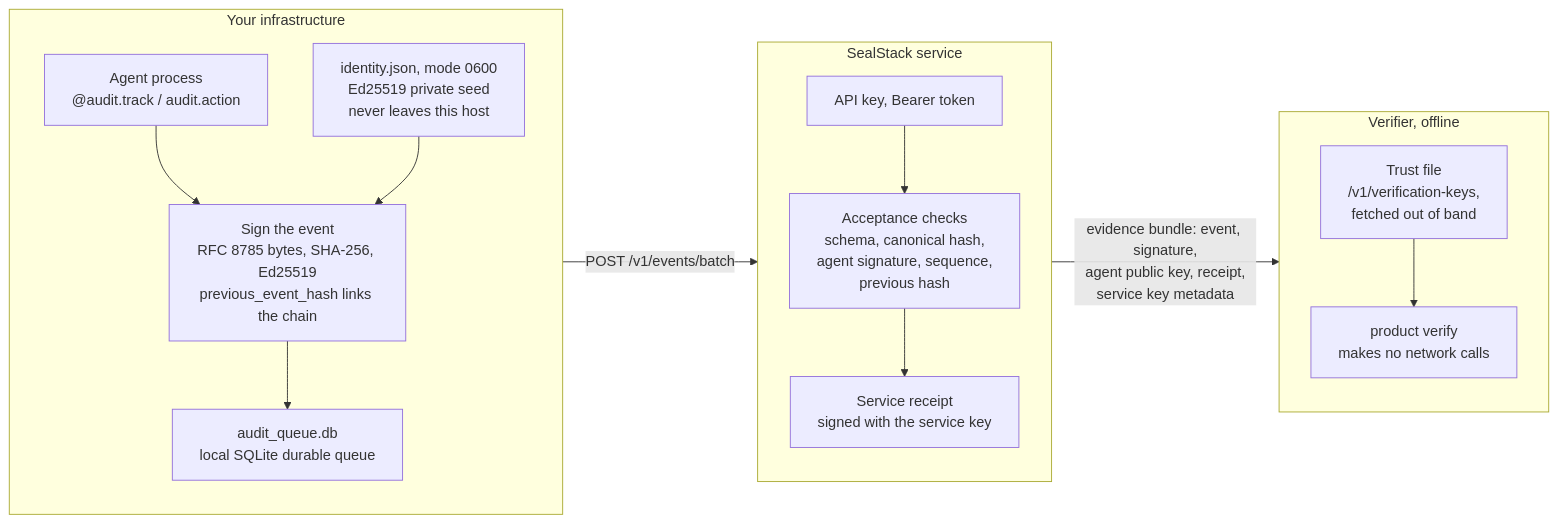
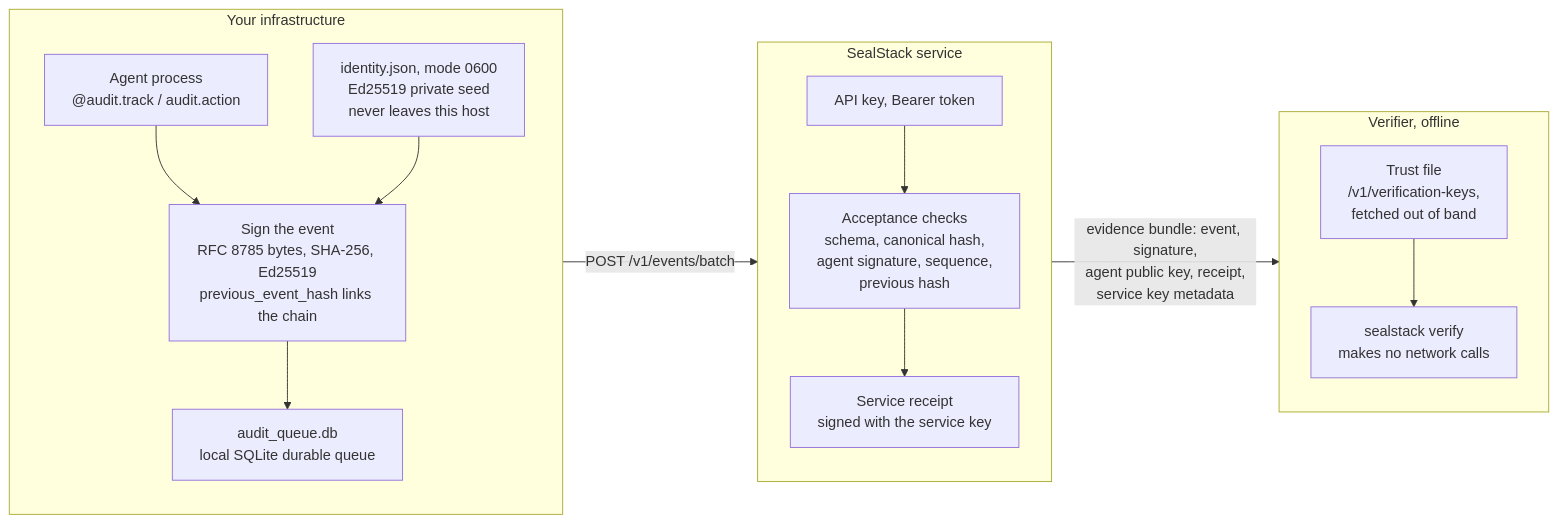
The diagram in README.md (unempyd/sealstack-sdk), drawn with Mermaid before and after one commit. The commit also changed other lines of this file and 25 other files, not shown here.

Commit message:
0.1.3: import as sealstack (product kept as an alias), py.typed, package metadata, reference server is clone-and-run

````diff
--- a/README.md
+++ b/README.md
@@ -147,32 +151,32 @@
 ```mermaid
 flowchart LR
   subgraph customer["Your infrastructure"]
     direction TB
     agent["Agent process<br/>@audit.track / audit.action"]
     key["identity.json, mode 0600<br/>Ed25519 private seed<br/>never leaves this host"]
     sign["Sign the event<br/>RFC 8785 bytes, SHA-256, Ed25519<br/>previous_event_hash links the chain"]
     queue["audit_queue.db<br/>local SQLite durable queue"]
     agent --> sign
     key --> sign
     sign --> queue
   end
 
   subgraph service["SealStack service"]
     direction TB
     auth["API key, Bearer token"]
     accept["Acceptance checks<br/>schema, canonical hash,<br/>agent signature, sequence,<br/>previous hash"]
     receipt["Service receipt<br/>signed with the service key"]
     auth --> accept
     accept --> receipt
   end
 
   subgraph verifier["Verifier, offline"]
     direction TB
     trust["Trust file<br/>/v1/verification-keys,<br/>fetched out of band"]
-    check["product verify<br/>makes no network calls"]
+    check["sealstack verify<br/>makes no network calls"]
     trust --> check
   end
 
   queue -->|"POST /v1/events/batch"| auth
   receipt -->|"evidence bundle: event, signature,<br/>agent public key, receipt,<br/>service key metadata"| check
 ```
````
